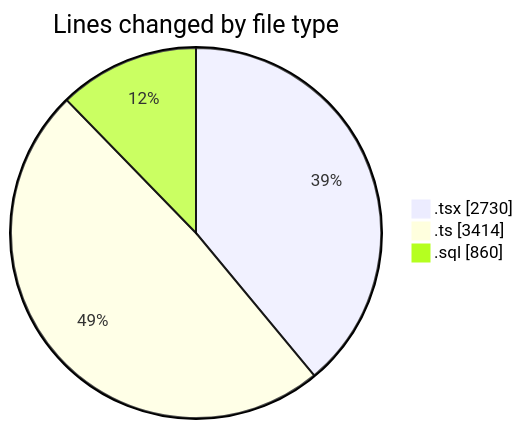
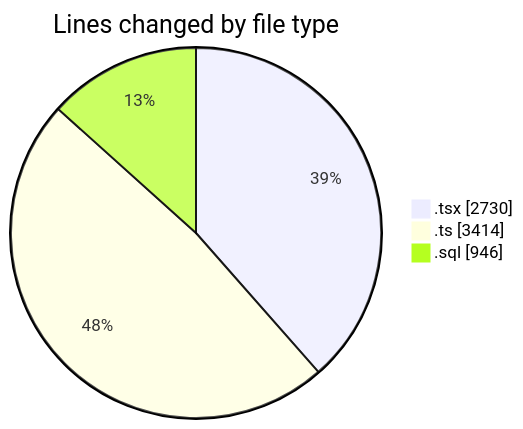
One commit to lephambinh05/code-tracking changed the first of 2 diagrams in 2025-09-05/hiai-phf/README.md. Above: the diagram before and after it, drawn with Mermaid. The commit also changed other lines of this file and 1 other file, not shown here.

````diff
--- a/2025-09-05/hiai-phf/README.md
+++ b/2025-09-05/hiai-phf/README.md
@@ -71,7 +72,7 @@
 ```mermaid
 pie showData
 title Lines changed by file type
 ".tsx" : 2730
 ".ts" : 3414
-".sql" : 860
+".sql" : 946
 ```
````
